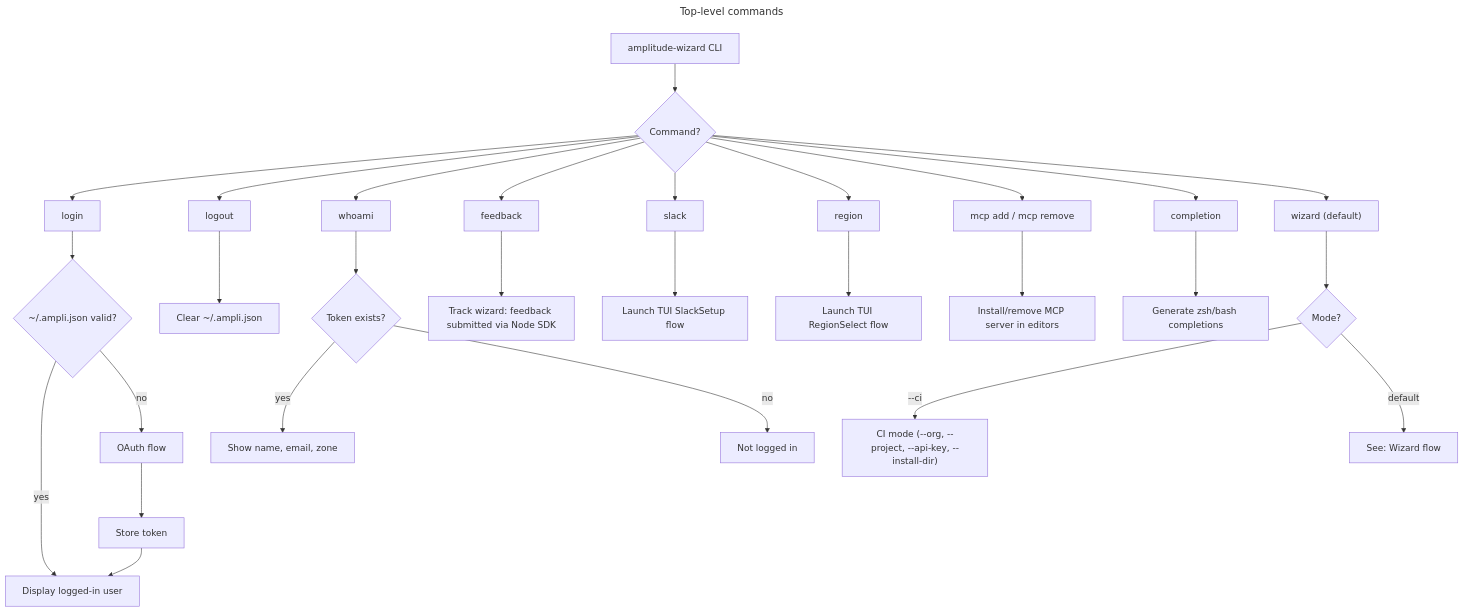
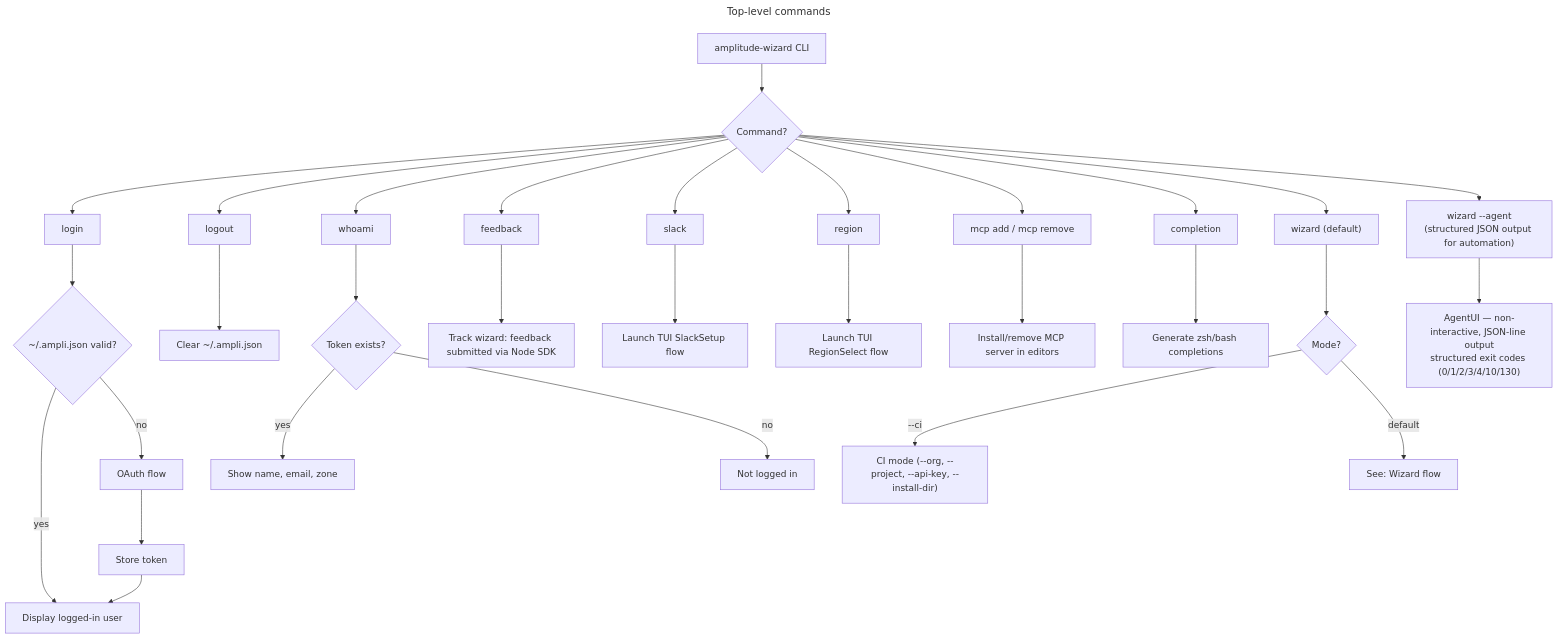
One commit to amplitude/wizard changed the first of 7 diagrams in docs/flows.md. Above: the diagram before and after it, drawn with Mermaid. The commit also changed other lines of this file and 11 other files, not shown here.

````diff
--- a/docs/flows.md
+++ b/docs/flows.md
@@ -26,38 +28,41 @@
 ```mermaid
 ---
 title: Top-level commands
 ---
 flowchart TD
     CLI["amplitude-wizard CLI"] --> CMD{Command?}
 
     CMD --> LOGIN["login"]
     CMD --> LOGOUT["logout"]
     CMD --> WHOAMI["whoami"]
     CMD --> FEEDBACK["feedback"]
     CMD --> SLACK_CMD["slack"]
     CMD --> REGION_CMD["region"]
     CMD --> MCP_CMD["mcp add / mcp remove"]
     CMD --> COMPLETION["completion"]
     CMD --> WIZARD["wizard (default)"]
+    CMD --> AGENT["wizard --agent<br/>(structured JSON output for automation)"]
 
     FEEDBACK --> FEEDBACK_SEND["Track wizard: feedback submitted via Node SDK"]
+
+    AGENT --> AGENT_UI["AgentUI — non-interactive, JSON-line output<br/>structured exit codes (0/1/2/3/4/10/130)"]
 
     LOGIN --> LOGIN_CHECK{~/.ampli.json valid?}
     LOGIN_CHECK -->|yes| LOGIN_DONE["Display logged-in user"]
     LOGIN_CHECK -->|no| OAUTH["OAuth flow"] --> STORE["Store token"] --> LOGIN_DONE
 
     LOGOUT --> CLEAR["Clear ~/.ampli.json"]
 
     WHOAMI --> CHECK_TOKEN{Token exists?}
     CHECK_TOKEN -->|yes| SHOW_USER["Show name, email, zone"]
     CHECK_TOKEN -->|no| NOT_LOGGED_IN["Not logged in"]
 
     SLACK_CMD --> SLACK_TUI["Launch TUI SlackSetup flow"]
     REGION_CMD --> REGION_TUI["Launch TUI RegionSelect flow"]
     MCP_CMD --> MCP_INSTALL["Install/remove MCP server in editors"]
     COMPLETION --> SHELL_COMP["Generate zsh/bash completions"]
 
     WIZARD --> MODE{Mode?}
     MODE -->|--ci| CI["CI mode (--org, --project, --api-key, --install-dir)"]
     MODE -->|default| W["See: Wizard flow"]
 ```
````
